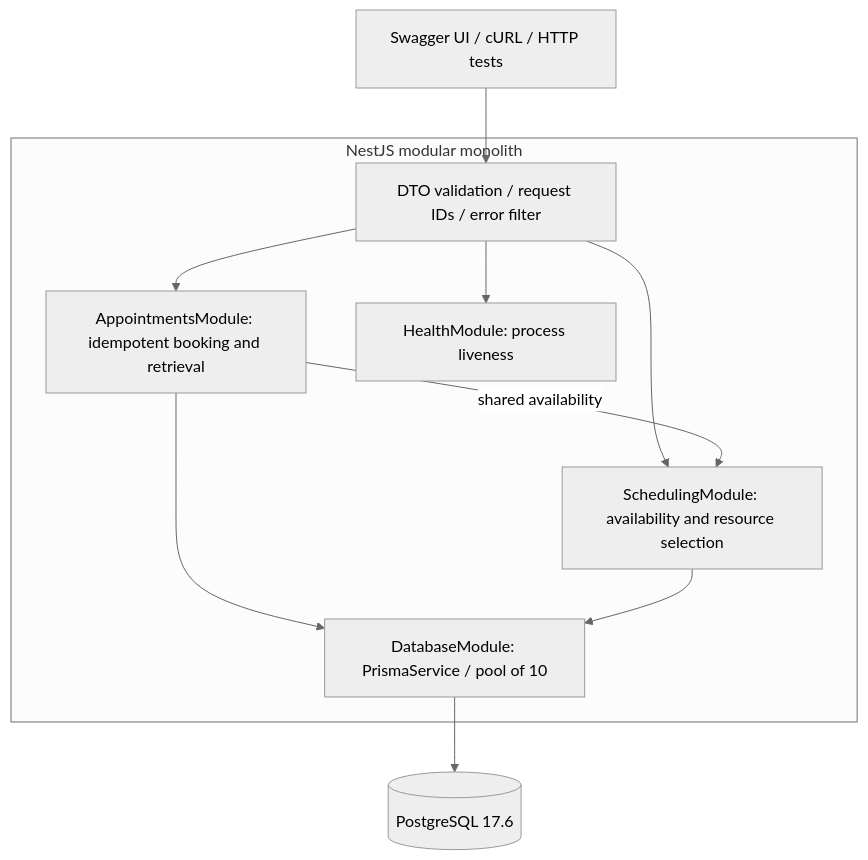
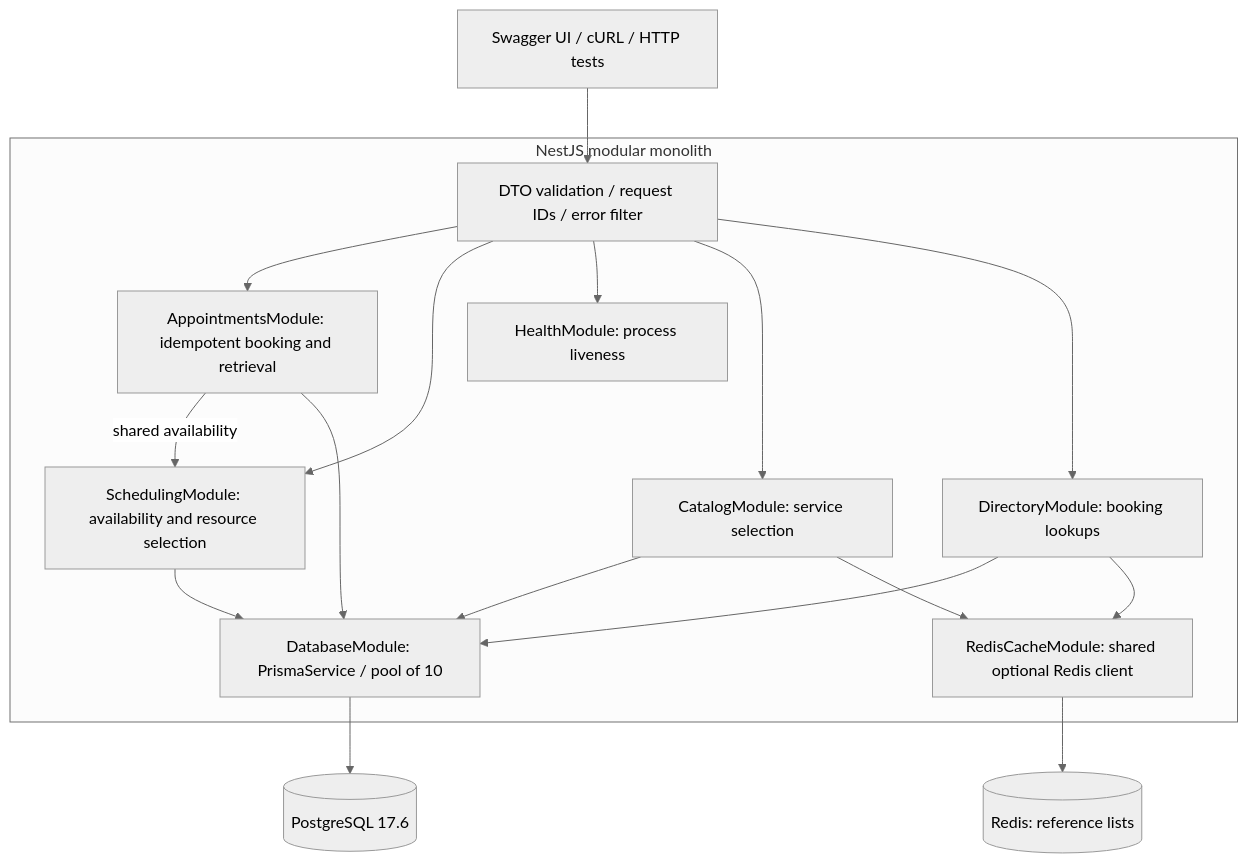
One commit to kiettle/keyloop-service-scheduler changed the first of 3 diagrams in docs/SYSTEM_DESIGN.md. Above: the diagram before and after it, drawn with Mermaid (neutral theme). The commit also changed other lines of this file and 44 other files, not shown here.

Commit message:
feat: add booking lookups, appointment history, and Redis caching

````diff
--- a/docs/SYSTEM_DESIGN.md
+++ b/docs/SYSTEM_DESIGN.md
@@ -28,19 +28,28 @@
 ```mermaid
 flowchart TB
   Client["Swagger UI / cURL / HTTP tests"]
   subgraph App["NestJS modular monolith"]
     HTTP["DTO validation / request IDs / error filter"]
     Bookings["AppointmentsModule: idempotent booking and retrieval"]
     Scheduling["SchedulingModule: availability and resource selection"]
     Health["HealthModule: process liveness"]
+    Catalog["CatalogModule: service selection"]
+    Cache["RedisCacheModule: shared optional Redis client"]
     Prisma["DatabaseModule: PrismaService / pool of 10"]
     HTTP --> Bookings
     HTTP --> Scheduling
     HTTP --> Health
+    HTTP --> Catalog
+    Catalog --> Prisma
+    Catalog --> Cache
+    HTTP --> Directory["DirectoryModule: booking lookups"]
+    Directory --> Prisma
+    Directory --> Cache
     Bookings -->|shared availability| Scheduling
     Bookings --> Prisma
     Scheduling --> Prisma
   end
   Client --> HTTP
   Prisma --> PG[("PostgreSQL 17.6")]
+  Cache --> Redis[("Redis: reference lists")]
 ```
````
